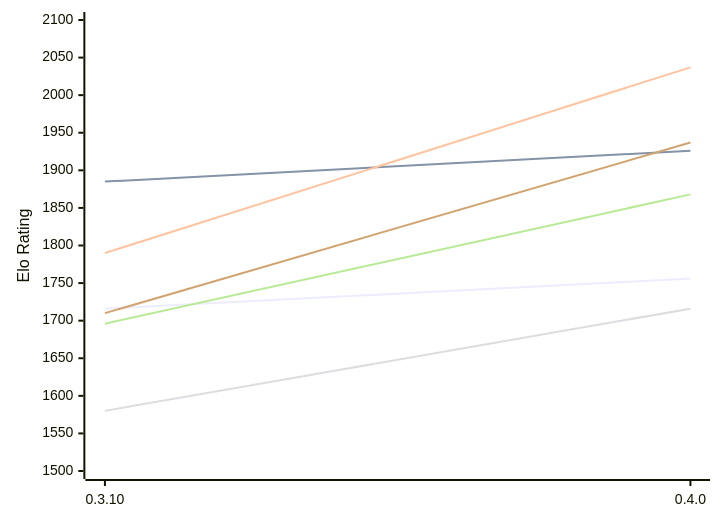
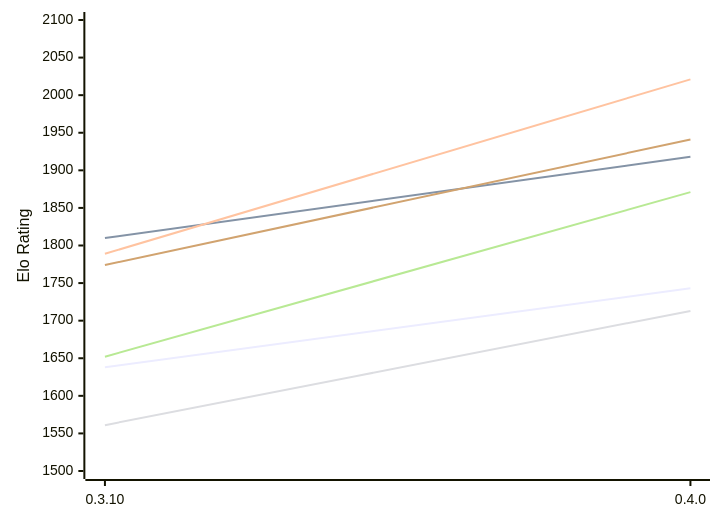
Before and after one commit to computer-chess-index/cci: the first of 2 diagrams in engines/Arche.md, drawn with Mermaid. The commit also changed other lines of this file, not shown here.

Commit message:
Update CCI Ratings (ELO VLTC) - 2026-11-15

````diff
--- a/engines/Arche.md
+++ b/engines/Arche.md
@@ -53,12 +53,12 @@
 ```mermaid
 %%{init: {"theme":"base","themeVariables":{"seriesColors:['#a3a3a3','#222221','#faa371']}}}%%
 xychart-beta
   x-axis ["0.3.10", "0.4.0"]
   y-axis "Elo Rating" 1500 --> 2100
-  line "E1: STC (8.0+0.08s)" [1716, 1756]
-  line "E1: LTC (60.0+0.60s)" [1885, 1926]
-  line "E1: VLTC (2m24s+1.12s)" [1790, 2037]
-  line "P1: STC (8.0+0.08s)" [1580, 1716]
-  line "P1: LTC (60.0+0.60s)" [1696, 1868]
-  line "P1: VLTC (2m24s+1.12s)" [1710, 1937]
+  line "E1: STC (8.0+0.08s)" [1638, 1743]
+  line "E1: LTC (60.0+0.60s)" [1810, 1918]
+  line "E1: VLTC (2m24s+1.12s)" [1789, 2021]
+  line "P1: STC (8.0+0.08s)" [1561, 1713]
+  line "P1: LTC (60.0+0.60s)" [1652, 1871]
+  line "P1: VLTC (2m24s+1.12s)" [1774, 1941]
 ```
````
